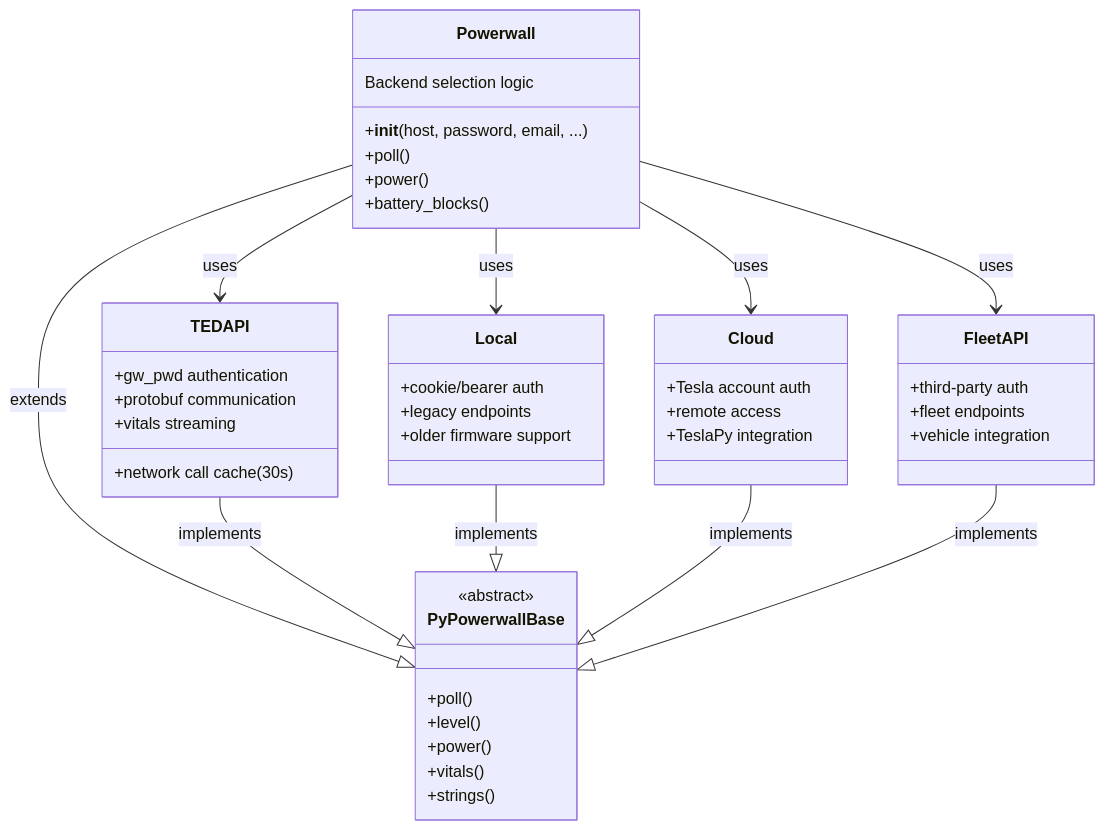
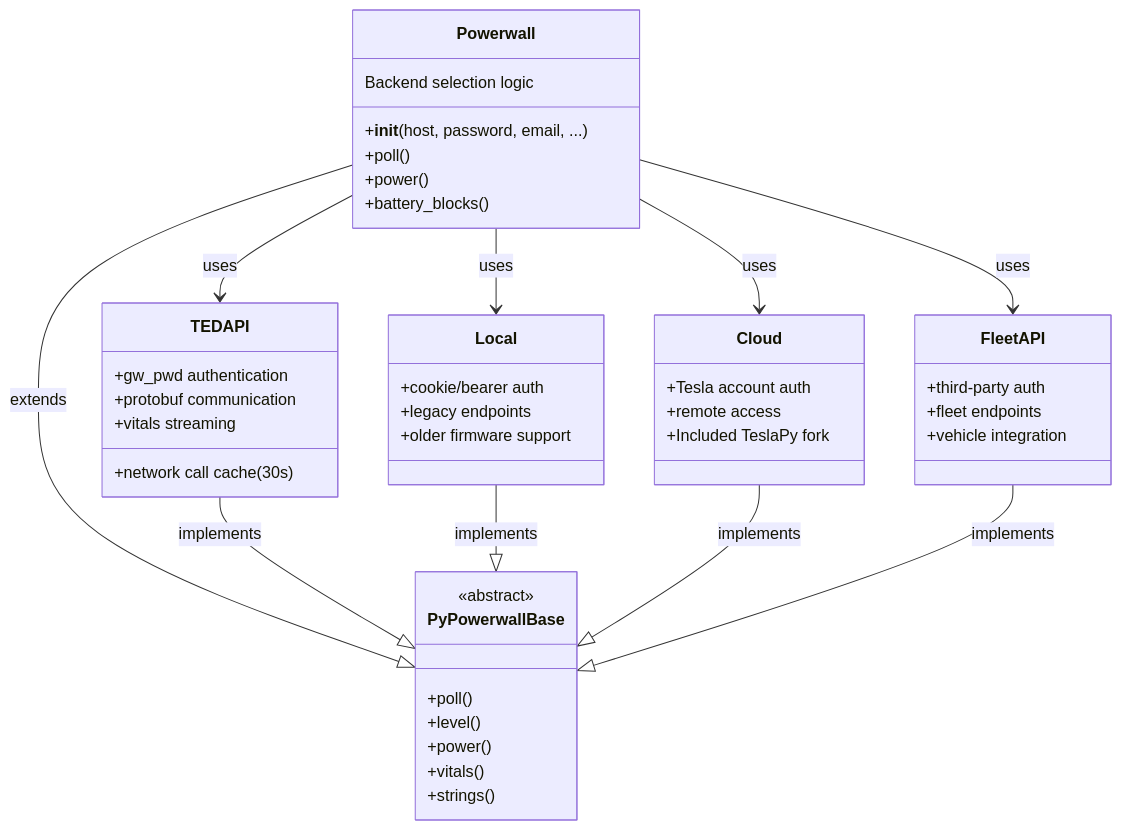
Before and after one commit to jasonacox/pypowerwall: the first of 3 diagrams in API.md, drawn with Mermaid. The commit also changed other lines of this file, not shown here.

Commit message:
Update API documentation to remove external TeslaPy dependency and clarify its inclusion as a patched fork

````diff
--- a/API.md
+++ b/API.md
@@ -244,54 +252,54 @@
 ```mermaid
 classDiagram
     class Powerwall {
         +__init__(host, password, email, ...)
         +poll()
         +power()
         +battery_blocks()
         Backend selection logic
     }
     
     class PyPowerwallBase {
         <<abstract>>
         +poll()
         +level()
         +power()
         +vitals()
         +strings()
     }
     
     class TEDAPI {
         +gw_pwd authentication
         +protobuf communication
         +network call cache (30s)
         +vitals streaming
     }
     
     class Local {
         +cookie/bearer auth
         +legacy endpoints
         +older firmware support
     }
     
     class Cloud {
         +Tesla account auth
         +remote access
-        +TeslaPy integration
+        +Included TeslaPy fork
     }
     
     class FleetAPI {
         +third-party auth
         +fleet endpoints
         +vehicle integration
     }
     
     Powerwall --|> PyPowerwallBase : extends
     TEDAPI --|> PyPowerwallBase : implements
     Local --|> PyPowerwallBase : implements
     Cloud --|> PyPowerwallBase : implements
     FleetAPI --|> PyPowerwallBase : implements
     Powerwall --> TEDAPI : uses
     Powerwall --> Local : uses
     Powerwall --> Cloud : uses
     Powerwall --> FleetAPI : uses
 ```
````
